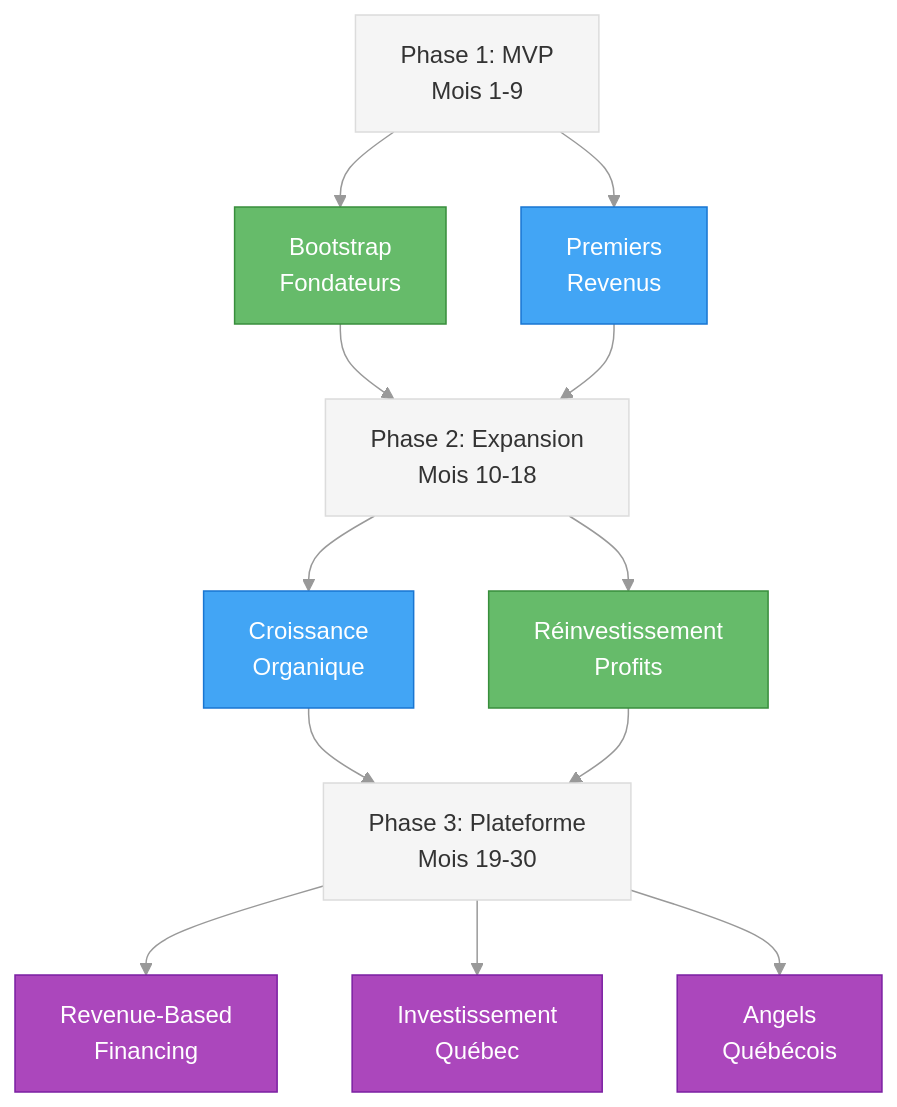
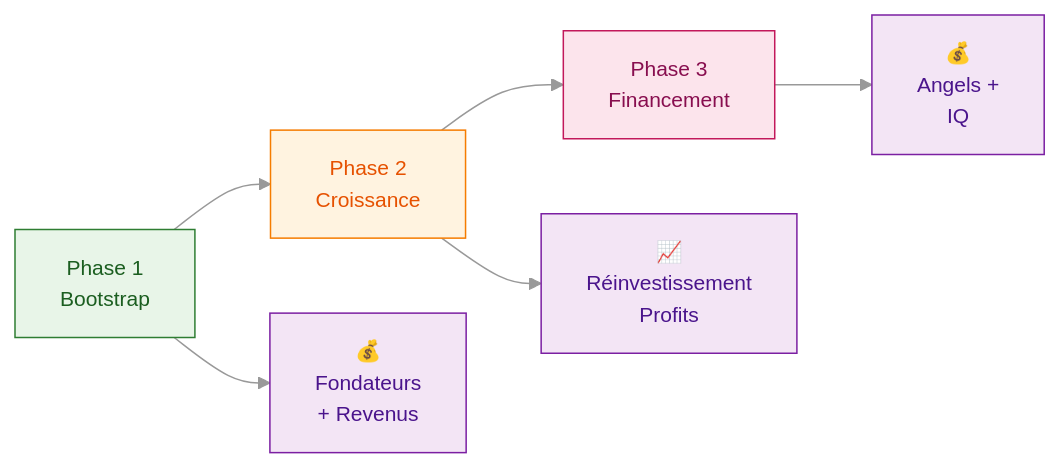
Before and after one commit to MacroMan5/project_a3e_beta: the ninth of 9 diagrams in project/6_product_specifications/PRD_MASTER.md, drawn with Mermaid. The commit also changed other lines of this file and 16 other files, not shown here.

````diff
--- a/project/6_product_specifications/PRD_MASTER.md
+++ b/project/6_product_specifications/PRD_MASTER.md
@@ -369,26 +337,20 @@
 ```mermaid
-%%{init: {'theme': 'base', 'themeVariables': { 'primaryColor': '#f5f5f5', 'lineColor': '#999'}}}%%
-graph TD
-    classDef bootstrap fill:#66BB6A,stroke:#388E3C,color:white
-    classDef revenue fill:#42A5F5,stroke:#1976D2,color:white
-    classDef funding fill:#AB47BC,stroke:#7B1FA2,color:white
-
-    P1[Phase 1: MVP<br/>Mois 1-9] --> BS1[Bootstrap<br/>Fondateurs]
-    P1 --> REV1[Premiers<br/>Revenus]
+%%{init: {'theme': 'base', 'themeVariables': { 'primaryColor': '#f5f5f5', 'lineColor': '#999', 'fontFamily': 'Roboto, sans-serif'}}}%%
+graph LR
+    P1[Phase 1<br/>Bootstrap] --> P2[Phase 2<br/>Croissance]
+    P2 --> P3[Phase 3<br/>Financement]
     
-    P2[Phase 2: Expansion<br/>Mois 10-18] --> REV2[Croissance<br/>Organique]
-    P2 --> BS2[Réinvestissement<br/>Profits]
+    P1 --> P1F[💰<br/>Fondateurs<br/>+ Revenus]
+    P2 --> P2F[📈<br/>Réinvestissement<br/>Profits]
+    P3 --> P3F[💰<br/>Angels +<br/>IQ]
     
-    P3[Phase 3: Plateforme<br/>Mois 19-30] --> F1[Revenue-Based<br/>Financing]
-    P3 --> F2[Investissement<br/>Québec]
-    P3 --> F3[Angels<br/>Québécois]
+    classDef phase1 fill:#E8F5E8,stroke:#2E7D32,color:#1B5E20,font-size:14px
+    classDef phase2 fill:#FFF3E0,stroke:#F57C00,color:#E65100,font-size:14px
+    classDef phase3 fill:#FCE4EC,stroke:#C2185B,color:#880E4F,font-size:14px
+    classDef funding fill:#F3E5F5,stroke:#7B1FA2,color:#4A148C,font-size:14px
     
-    BS1 --> P2
-    REV1 --> P2
-    REV2 --> P3
-    BS2 --> P3
-    
-    class BS1,BS2 bootstrap
-    class REV1,REV2 revenue
-    class F1,F2,F3 funding
+    class P1 phase1
+    class P2 phase2
+    class P3 phase3
+    class P1F,P2F,P3F funding
 ```
````
